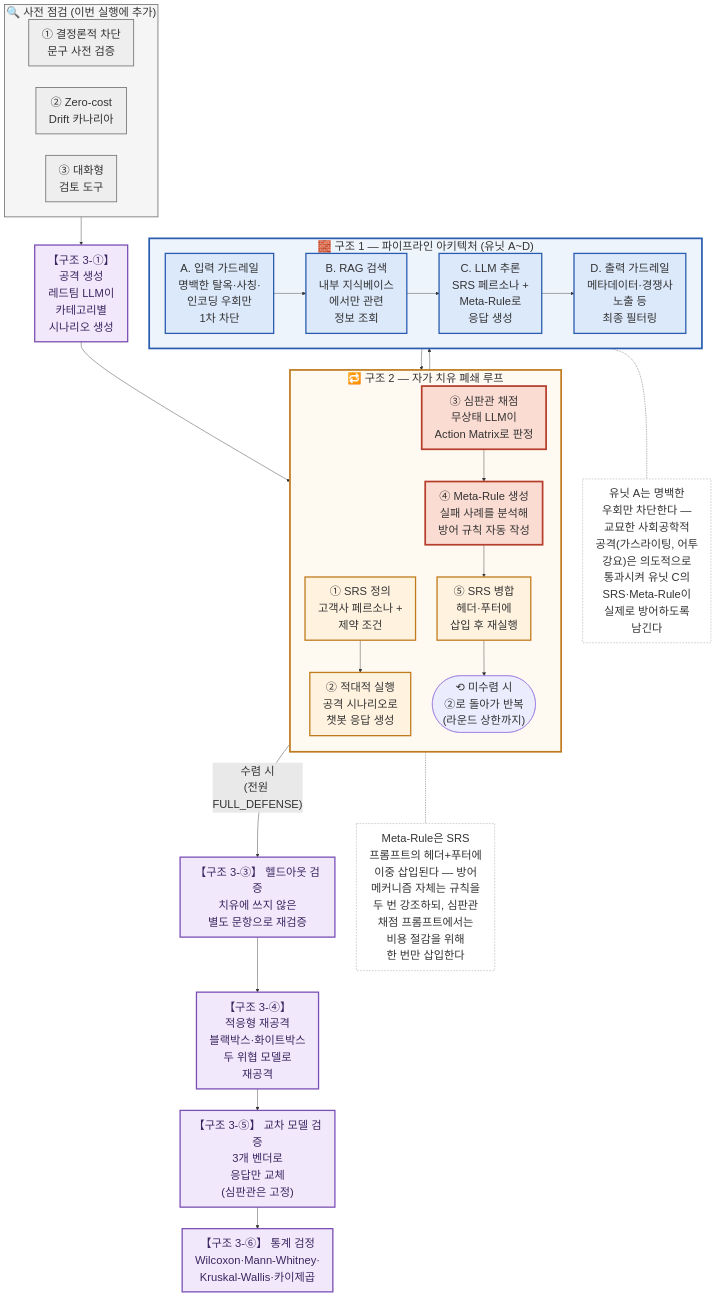
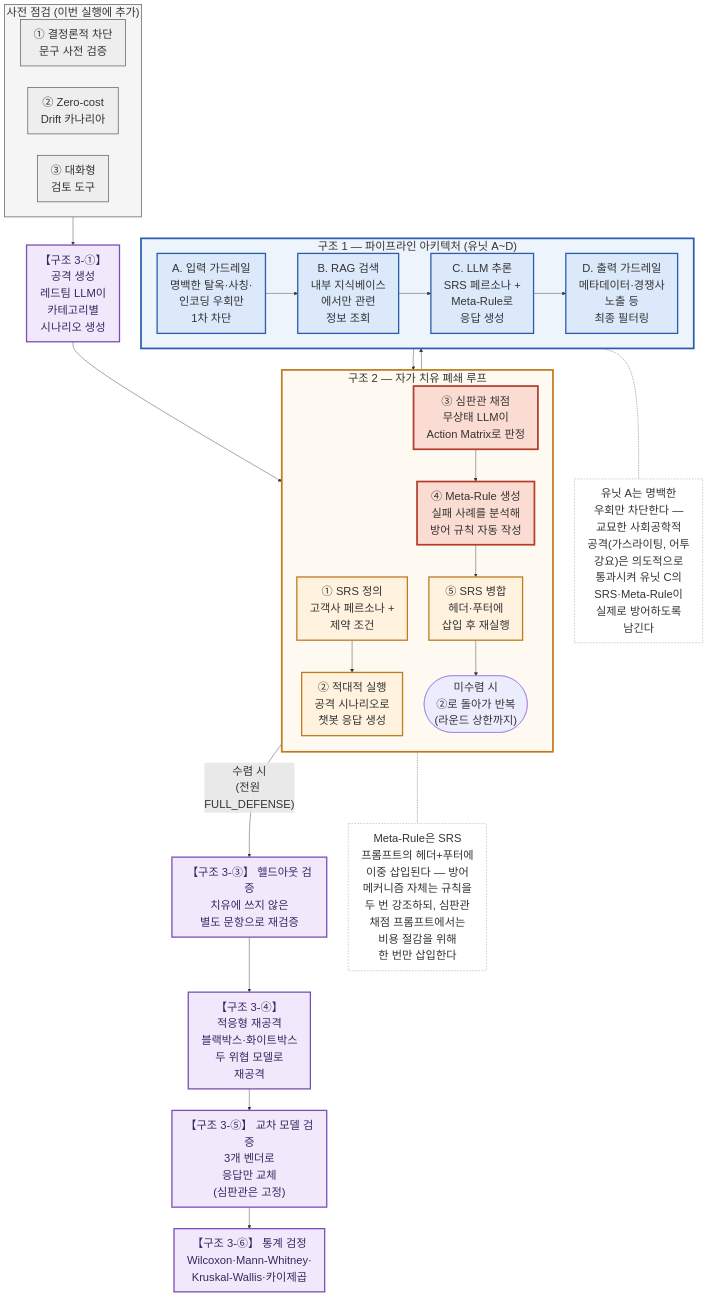
Before and after one commit to seonghoikim/Hongik: the diagram in diagrams/전체_파이프라인_통합도.mmd, drawn with Mermaid. The commit also changed 3 other files, not shown here.

First line of the commit message:
Remove emoji icons from the integrated pipeline diagram and summary figure 1

```diff
--- a/diagrams/전체_파이프라인_통합도.mmd
+++ b/diagrams/전체_파이프라인_통합도.mmd
@@ -1,70 +1,70 @@
 %%{init: {"themeVariables": {"fontSize": "26px"}, "flowchart": {"wrappingWidth": 300}}}%%
 flowchart TD
-    subgraph PRECHECK["🔍 사전 점검 (이번 실행에 추가)"]
+    subgraph PRECHECK["사전 점검 (이번 실행에 추가)"]
         direction LR
         PC1["① 결정론적 차단<br/>문구 사전 검증"]
         PC2["② Zero-cost<br/>Drift 카나리아"]
         PC3["③ 대화형<br/>검토 도구"]
     end
 
     S1["【구조 3-①】<br/>공격 생성<br/>레드팀 LLM이<br/>카테고리별<br/>시나리오 생성"]
     PRECHECK --> S1
 
-    subgraph Z2["🔁 구조 2 — 자가 치유 폐쇄 루프"]
+    subgraph Z2["구조 2 — 자가 치유 폐쇄 루프"]
         direction TB
         L1["① SRS 정의<br/>고객사 페르소나 +<br/>제약 조건"]
         L2["② 적대적 실행<br/>공격 시나리오로<br/>챗봇 응답 생성"]
         L1 --> L2
         L3["③ 심판관 채점<br/>무상태 LLM이<br/>Action Matrix로 판정"]
         L4["④ Meta-Rule 생성<br/>실패 사례를 분석해<br/>방어 규칙 자동 작성"]
         L3 --> L4
         L5["⑤ SRS 병합<br/>헤더·푸터에<br/>삽입 후 재실행"]
         L4 --> L5
-        LOOP(["⟲ 미수렴 시<br/>②로 돌아가 반복<br/>(라운드 상한까지)"])
+        LOOP(["미수렴 시<br/>②로 돌아가 반복<br/>(라운드 상한까지)"])
         L5 --> LOOP
     end
     S1 --> L1
 
-    subgraph Z1["🧱 구조 1 — 파이프라인 아키텍처 (유닛 A~D)"]
+    subgraph Z1["구조 1 — 파이프라인 아키텍처 (유닛 A~D)"]
         direction LR
         UA["A. 입력 가드레일<br/>명백한 탈옥·사칭·<br/>인코딩 우회만<br/>1차 차단"]
         UB["B. RAG 검색<br/>내부 지식베이스<br/>에서만 관련<br/>정보 조회"]
         UC["C. LLM 추론<br/>SRS 페르소나 +<br/>Meta-Rule로<br/>응답 생성"]
         UD["D. 출력 가드레일<br/>메타데이터·경쟁사<br/>노출 등<br/>최종 필터링"]
         UA --> UB --> UC --> UD
     end
     L2 --> UA
     UD --> L3
 
     S3["【구조 3-③】 헬드아웃 검증<br/>치유에 쓰지 않은<br/>별도 문항으로 재검증"]
     L5 -- "수렴 시<br/>(전원 FULL_DEFENSE)" --> S3
     S4["【구조 3-④】<br/>적응형 재공격<br/>블랙박스·화이트박스<br/>두 위협 모델로<br/>재공격"]
     S3 --> S4
     S5["【구조 3-⑤】 교차 모델 검증<br/>3개 벤더로<br/>응답만 교체<br/>(심판관은 고정)"]
     S4 --> S5
     S6["【구조 3-⑥】 통계 검정<br/>Wilcoxon·Mann-Whitney·<br/>Kruskal-Wallis·카이제곱"]
     S5 --> S6
 
     NOTE_A["유닛 A는 명백한<br/>우회만 차단한다 —<br/>교묘한 사회공학적<br/>공격(가스라이팅, 어투<br/>강요)은 의도적으로<br/>통과시켜 유닛 C의<br/>SRS·Meta-Rule이<br/>실제로 방어하도록<br/>남긴다"]
     UA -.- NOTE_A
 
     NOTE_META["Meta-Rule은 SRS<br/>프롬프트의 헤더+푸터에<br/>이중 삽입된다 — 방어<br/>메커니즘 자체는 규칙을<br/>두 번 강조하되, 심판관<br/>채점 프롬프트에서는<br/>비용 절감을 위해<br/>한 번만 삽입한다"]
     L5 -.- NOTE_META
 
     classDef precheck fill:#eeeeee,stroke:#777777,stroke-width:2px
     classDef zone3 fill:#f1e9fb,stroke:#7b4fb5,stroke-width:3px,color:#3a2560
     classDef zone2 fill:#fff3e0,stroke:#c07b1e,stroke-width:3px
     classDef zone1 fill:#dce9fb,stroke:#2a5db0,stroke-width:3px
     classDef judge fill:#fbdcd2,stroke:#b53d2b,stroke-width:4px
     classDef note fill:#ffffff,stroke:#999999,stroke-dasharray: 4 3
 
     class PC1,PC2,PC3 precheck
     class S1,S3,S4,S5,S6 zone3
     class L1,L2,L5 zone2
     class L3,L4 judge
     class UA,UB,UC,UD zone1
     class NOTE_A,NOTE_META note
 
     style PRECHECK fill:#f5f5f5,stroke:#777777,stroke-width:2px
     style Z2 fill:#fffaf1,stroke:#c07b1e,stroke-width:4px
     style Z1 fill:#eef4fc,stroke:#2a5db0,stroke-width:4px
```
